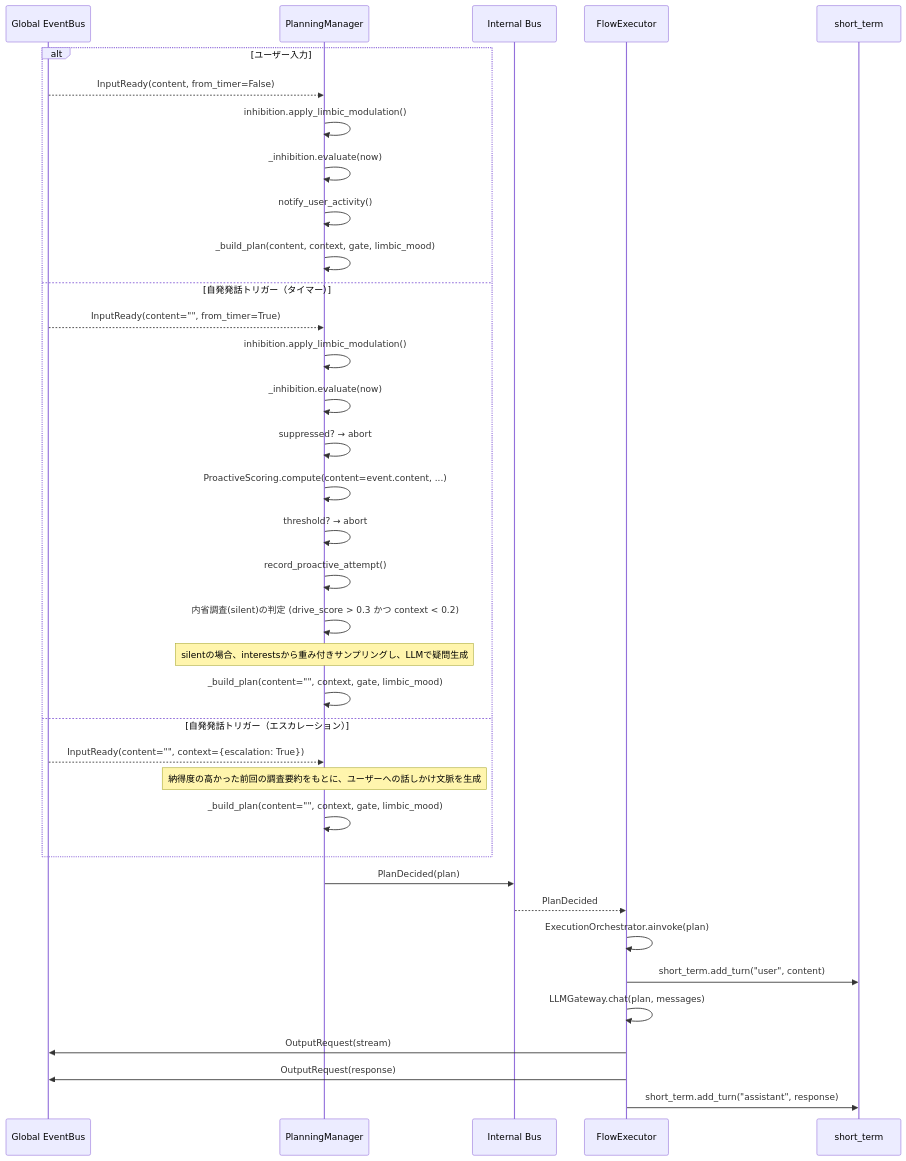
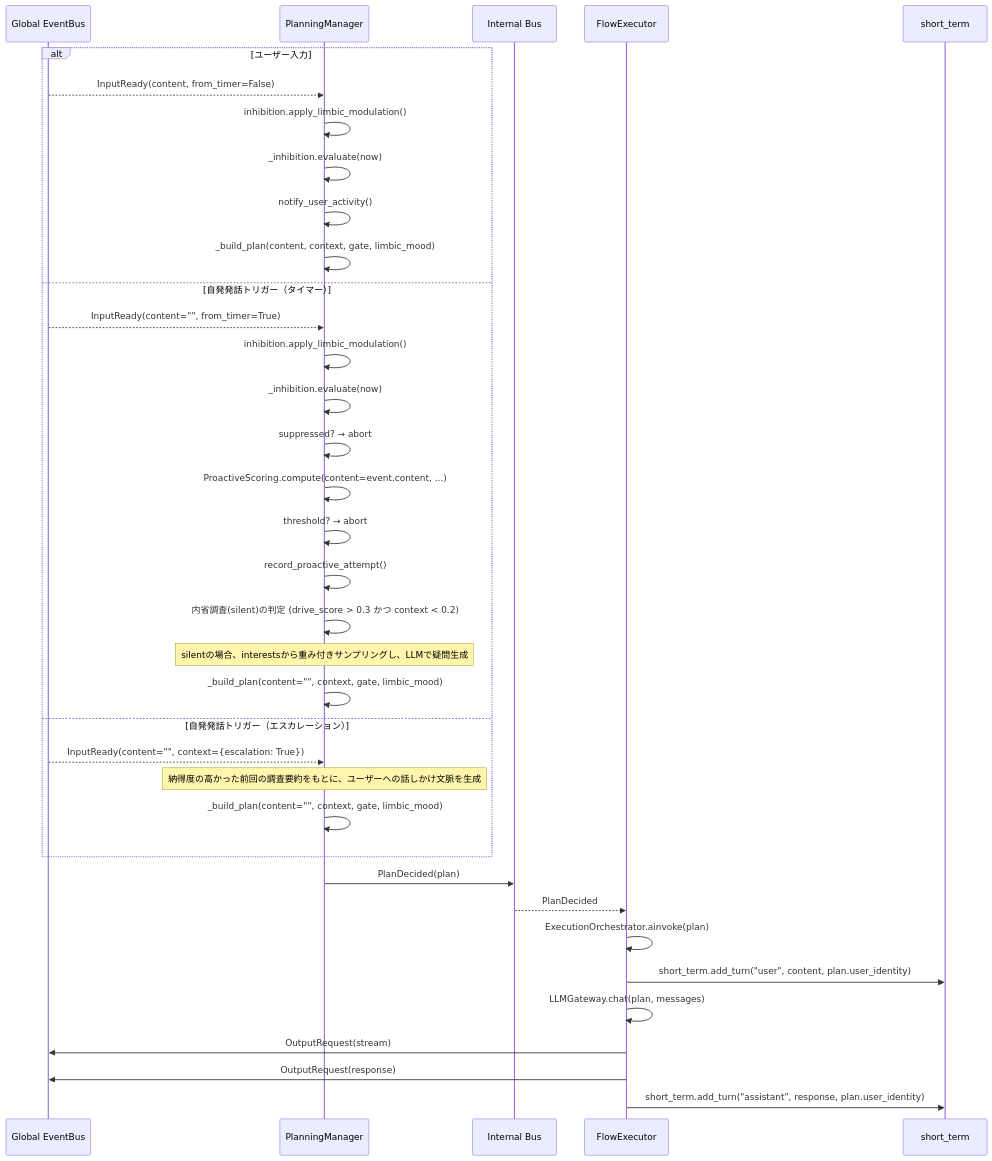
Before and after one commit to ibukani/iris-mind: the first of 2 diagrams in docs/agency-layer.md, drawn with Mermaid. The commit also changed other lines of this file and 16 other files, not shown here.

````diff
--- a/docs/agency-layer.md
+++ b/docs/agency-layer.md
@@ -40,42 +40,42 @@
 ```mermaid
 sequenceDiagram
     participant EB as Global EventBus
     participant PL as PlanningManager
     participant IB as Internal Bus
     participant EX as FlowExecutor
     participant STM as short_term
 
     alt ユーザー入力
         EB-->>PL: InputReady(content, from_timer=False)
         PL->>PL: inhibition.apply_limbic_modulation()
         PL->>PL: _inhibition.evaluate(now)
         PL->>PL: notify_user_activity()
         PL->>PL: _build_plan(content, context, gate, limbic_mood)
     else 自発発話トリガー（タイマー）
         EB-->>PL: InputReady(content="", from_timer=True)
         PL->>PL: inhibition.apply_limbic_modulation()
         PL->>PL: _inhibition.evaluate(now)
         PL->>PL: suppressed? → abort
         PL->>PL: ProactiveScoring.compute(content=event.content, ...)
         PL->>PL: threshold? → abort
         PL->>PL: record_proactive_attempt()
         PL->>PL: 内省調査(silent)の判定 (drive_score > 0.3 かつ context < 0.2)
         Note over PL: silentの場合、interestsから重み付きサンプリングし、LLMで疑問生成
         PL->>PL: _build_plan(content="", context, gate, limbic_mood)
     else 自発発話トリガー（エスカレーション）
         EB-->>PL: InputReady(content="", context={escalation: True})
         Note over PL: 納得度の高かった前回の調査要約をもとに、ユーザーへの話しかけ文脈を生成
         PL->>PL: _build_plan(content="", context, gate, limbic_mood)
     end
 
 
     PL->>IB: PlanDecided(plan)
     IB-->>EX: PlanDecided
 
     EX->>EX: ExecutionOrchestrator.ainvoke(plan)
-    EX->>STM: short_term.add_turn("user", content)  # Plan決定後に追加
+    EX->>STM: short_term.add_turn("user", content, plan.user_identity)  # Plan決定後に追加
     EX->>EX: LLMGateway.chat(plan, messages)
     EX->>EB: OutputRequest(stream)
     EX->>EB: OutputRequest(response)
-    EX->>STM: short_term.add_turn("assistant", response)
+    EX->>STM: short_term.add_turn("assistant", response, plan.user_identity)
 ```
````
